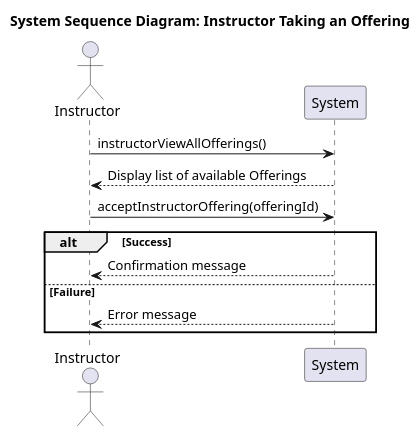
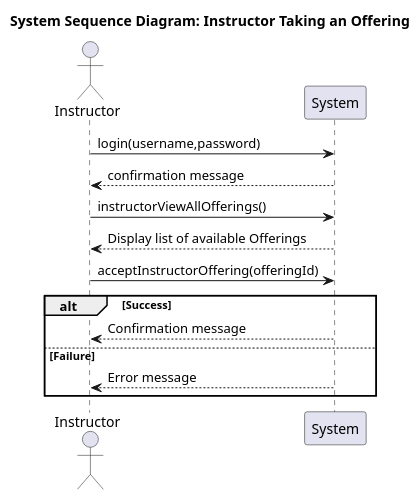
One commit to NathanGrenier/SOEN-342-Project changed the diagram in diagrams/src/critical-use-cases/take-offering/SSD-take-offering.pu. Above: the diagram before and after it, drawn with PlantUML. The commit also changed 1 other file, not shown here.

Commit message:
1: remove internal system operations

```diff
--- a/diagrams/src/critical-use-cases/take-offering/SSD-take-offering.pu
+++ b/diagrams/src/critical-use-cases/take-offering/SSD-take-offering.pu
@@ -1,17 +1,18 @@
 @startuml System Sequence Diagram: Instructor Taking an Offering
 title System Sequence Diagram: Instructor Taking an Offering
 
 actor Instructor
 participant System
-
+Instructor -> System: login(username,password)
+System --> Instructor: confirmation message
 Instructor -> System: instructorViewAllOfferings()
 System --> Instructor: Display list of available Offerings
 
 Instructor -> System: acceptInstructorOffering(offeringId)
 alt Success
     System --> Instructor: Confirmation message
 else Failure
     System --> Instructor: Error message
 end
 
 @enduml
```
